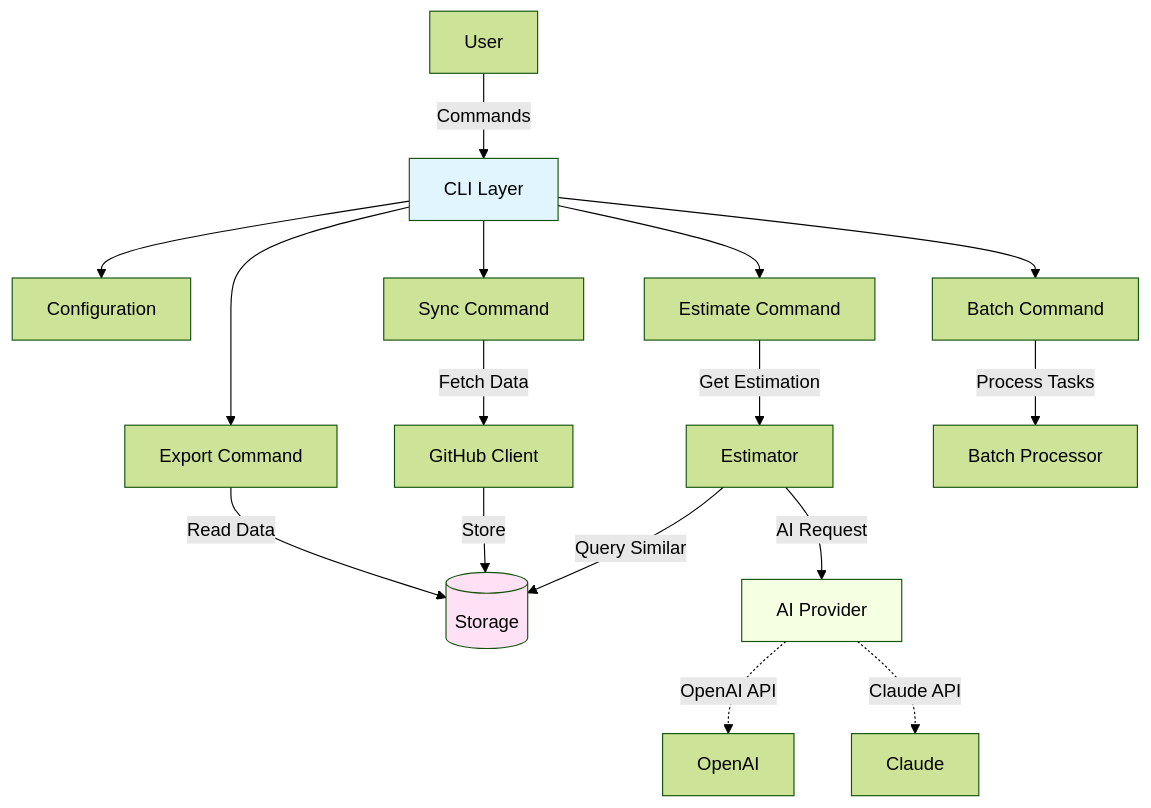
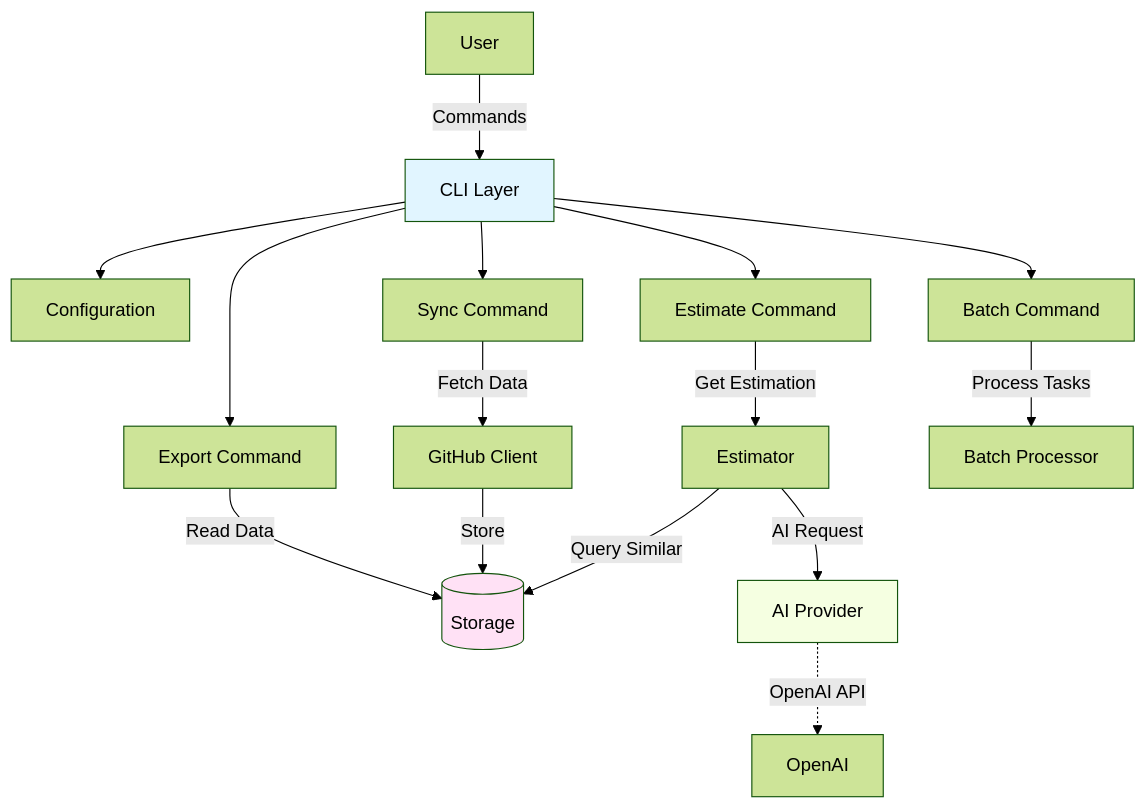
The first of 3 diagrams in Codigo/README.md (ICEI-PUC-Minas-PPLES-TI/plf-es-2025-2-tcci-0393100-dev-inacio-moraes), drawn with Mermaid (forest theme) before and after one commit. The commit also changed 4 other files, not shown here.

````diff
--- a/Codigo/README.md
+++ b/Codigo/README.md
@@ -55,26 +55,25 @@
 ```mermaid
 graph TB
     User[User] -->|Commands| CLI[CLI Layer]
 
     CLI --> Config[Configuration]
     CLI --> Sync[Sync Command]
     CLI --> Estimate[Estimate Command]
     CLI --> Batch[Batch Command]
     CLI --> Export[Export Command]
 
     Sync -->|Fetch Data| GH[GitHub Client]
     Estimate -->|Get Estimation| EST[Estimator]
     Batch -->|Process Tasks| BP[Batch Processor]
     Export -->|Read Data| DB[(Storage)]
 
     GH -->|Store| DB
     EST -->|Query Similar| DB
     EST -->|AI Request| AI[AI Provider]
 
     AI -.->|OpenAI API| OpenAI[OpenAI]
-    AI -.->|Claude API| Claude[Claude]
 
     style CLI fill:#e1f5ff
     style DB fill:#ffe1f5
     style AI fill:#f5ffe1
 ```
````
